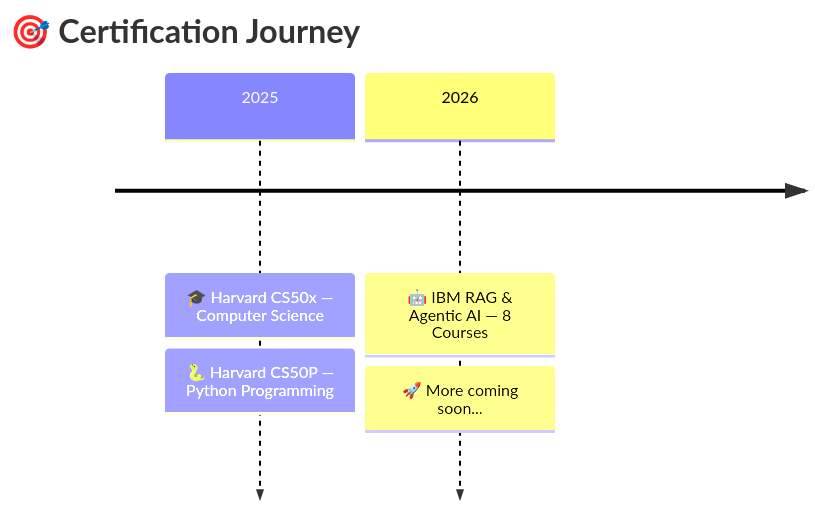
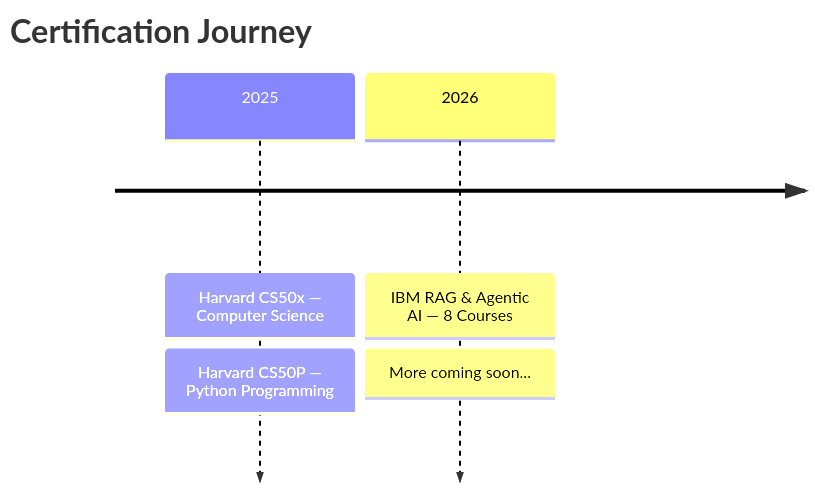
The diagram in README.md (Abdeltoto/Abdeltoto), drawn with Mermaid before and after one commit. The commit also changed other lines of this file, not shown here.

First line of the commit message:
Optimize README: cleaner, more compact layout (-34% lines)

````diff
--- a/README.md
+++ b/README.md
@@ -286,8 +315,8 @@
 ```mermaid
 timeline
-    title 🎯 Certification Journey
-    2025 : 🎓 Harvard CS50x — Computer Science
-         : 🐍 Harvard CS50P — Python Programming
-    2026 : 🤖 IBM RAG & Agentic AI — 8 Courses
-         : 🚀 More coming soon...
+    title Certification Journey
+    2025 : Harvard CS50x — Computer Science
+         : Harvard CS50P — Python Programming
+    2026 : IBM RAG & Agentic AI — 8 Courses
+         : More coming soon...
 ```
````
